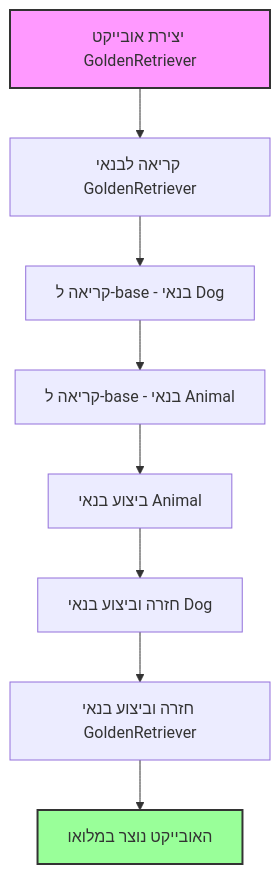
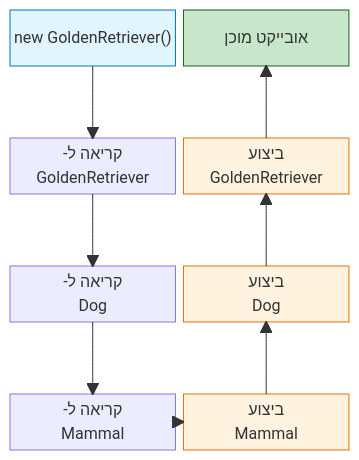
Before and after one commit to 3strategy/BeautifulMivney: the second of 2 diagrams in oop/01inheritc.md, drawn with Mermaid. The commit also changed other lines of this file, not shown here.

Commit message:
better mermaid for constructor sequence in 01inheritc

```diff
--- a/oop/01inheritc.md
+++ b/oop/01inheritc.md
@@ -266,13 +266,37 @@
 <div class="mermaid">
-graph TD
-    A[יצירת אובייקט GoldenRetriever] --> B[קריאה לבנאי GoldenRetriever]
-    B --> C[קריאה ל-base - בנאי Dog]
-    C --> D[קריאה ל-base - בנאי Animal]
-    D --> E[ביצוע בנאי Animal]
-    E --> F[חזרה וביצוע בנאי Dog]
-    F --> G[חזרה וביצוע בנאי GoldenRetriever]
-    G --> H[האובייקט נוצר במלואו]
-    
-    style A fill:#f9f,stroke:#333,stroke-width:2px
-    style H fill:#9f9,stroke:#333,stroke-width:2px
+block-beta
+  columns 2
+  
+  A0["new GoldenRetriever()"]  
+  B0["אובייקט מוכן"]
+  
+  space:2
+  
+  A1["-קריאה ל<br />GoldenRetriever"]    
+  B1["ביצוע<br />GoldenRetriever"] 
+  
+  space:2
+  
+  A3["-קריאה ל<br />Dog"]  
+  B3["ביצוע<br />Dog"]
+  
+  space:2
+  
+  A4["-קריאה ל<br />Mammal"]   
+  B4["ביצוע<br />Mammal"]
+
+  A0 --> A1
+  A1 --> A3
+  A3 --> A4
+  A4 --> B4
+  B4 --> B3
+  B3 --> B1
+  B1 --> B0
+
+  classDef orange fill:#fff3e0,stroke:#ef6c00
+  class B1 orange
+  class B3 orange
+  class B4 orange
+  style B0 fill:#c8e6c9,stroke:#1b5e20
+  style A0 fill:#e1f5fe,stroke:#0277bd
 </div>
```
